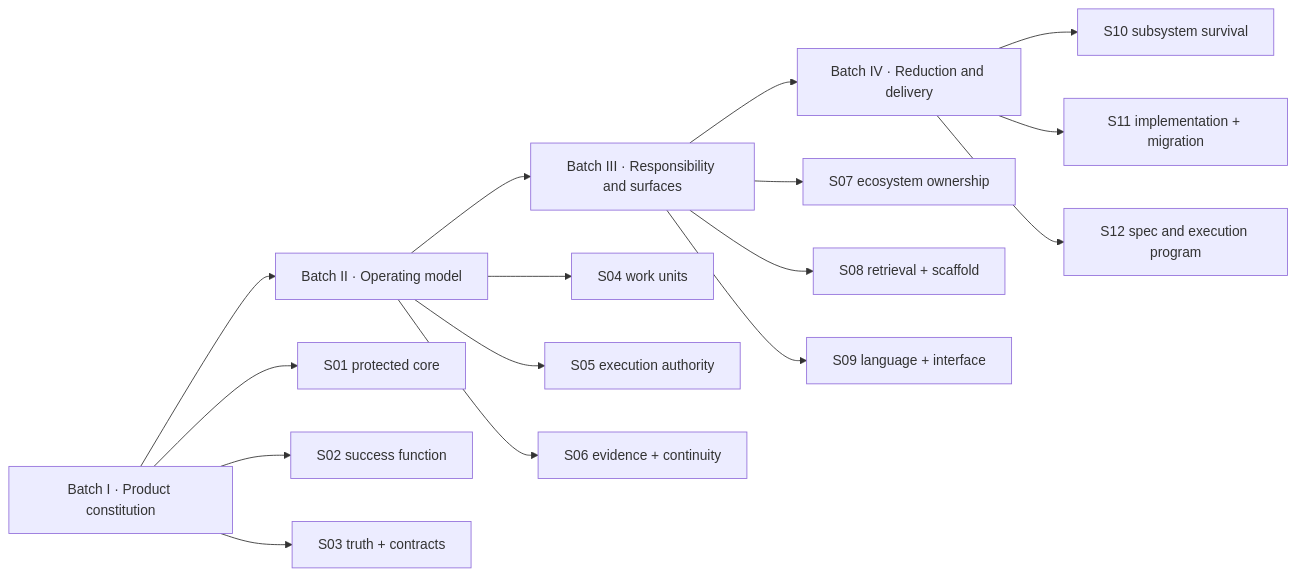
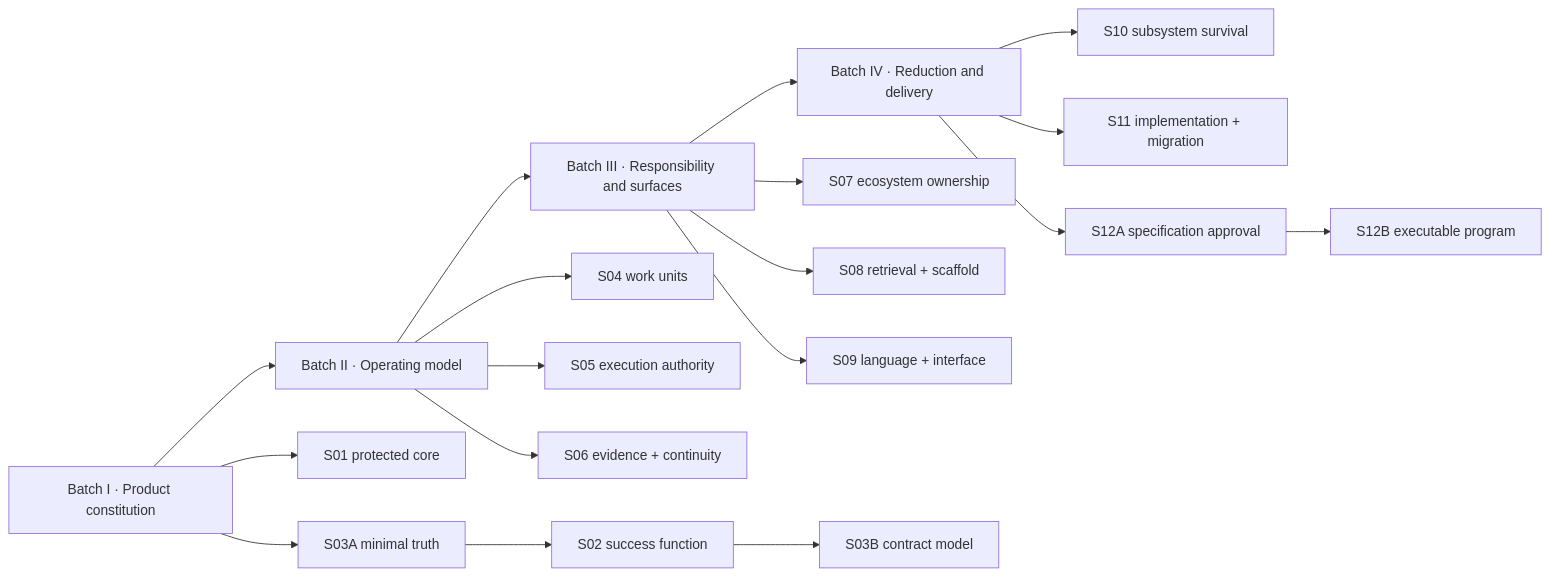
One commit to alexsmedile/spectacular changed the diagram in .spectacular/visions/a-new-beginning/evidence/decision-sessions.md. Above: the diagram before and after it, drawn with Mermaid. The commit also changed other lines of this file and 28 other files, not shown here.

````diff
--- a/.spectacular/visions/a-new-beginning/evidence/decision-sessions.md
+++ b/.spectacular/visions/a-new-beginning/evidence/decision-sessions.md
@@ -20,19 +20,21 @@
 ```mermaid
 flowchart LR
   B1["Batch I · Product constitution"] --> B2["Batch II · Operating model"]
   B2 --> B3["Batch III · Responsibility and surfaces"]
   B3 --> B4["Batch IV · Reduction and delivery"]
 
   B1 --> S1["S01 protected core"]
-  B1 --> S2["S02 success function"]
-  B1 --> S3["S03 truth + contracts"]
+  B1 --> S3A["S03A minimal truth"]
+  S3A --> S2["S02 success function"]
+  S2 --> S3B["S03B contract model"]
   B2 --> S4["S04 work units"]
   B2 --> S5["S05 execution authority"]
   B2 --> S6["S06 evidence + continuity"]
   B3 --> S7["S07 ecosystem ownership"]
   B3 --> S8["S08 retrieval + scaffold"]
   B3 --> S9["S09 language + interface"]
   B4 --> S10["S10 subsystem survival"]
   B4 --> S11["S11 implementation + migration"]
-  B4 --> S12["S12 spec and execution program"]
+  B4 --> S12A["S12A specification approval"]
+  S12A --> S12B["S12B executable program"]
 ```
````
